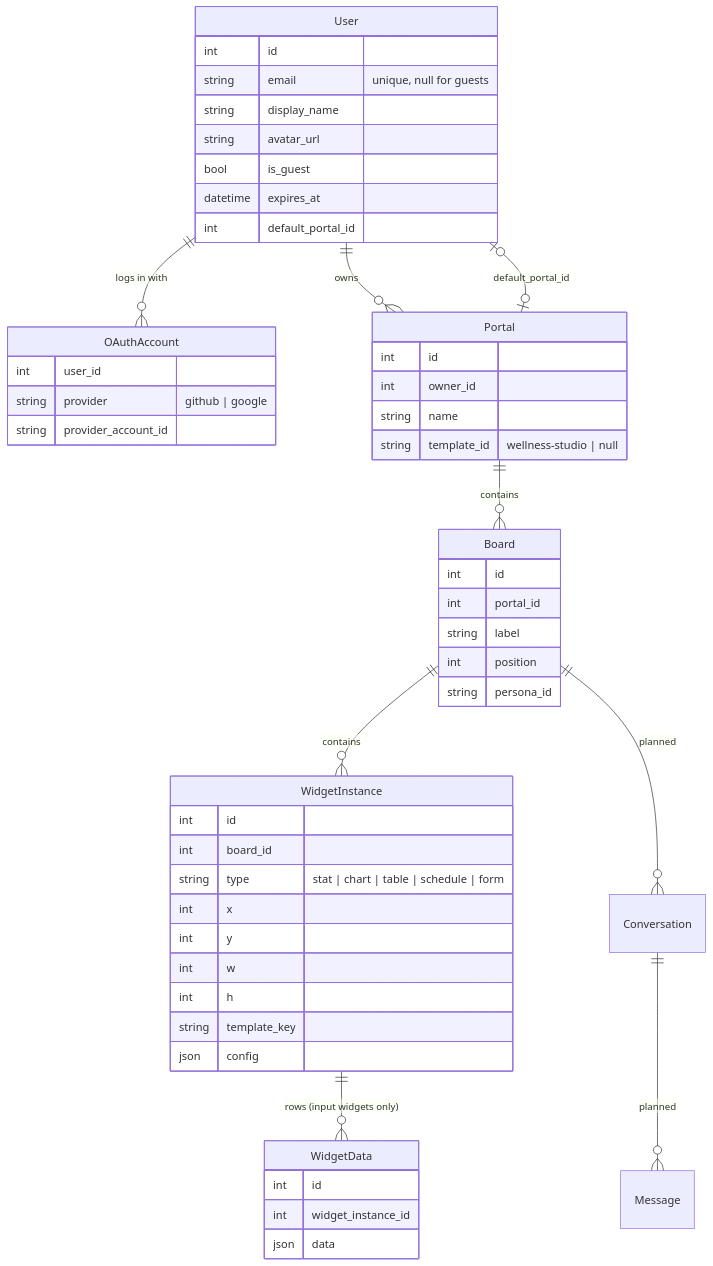
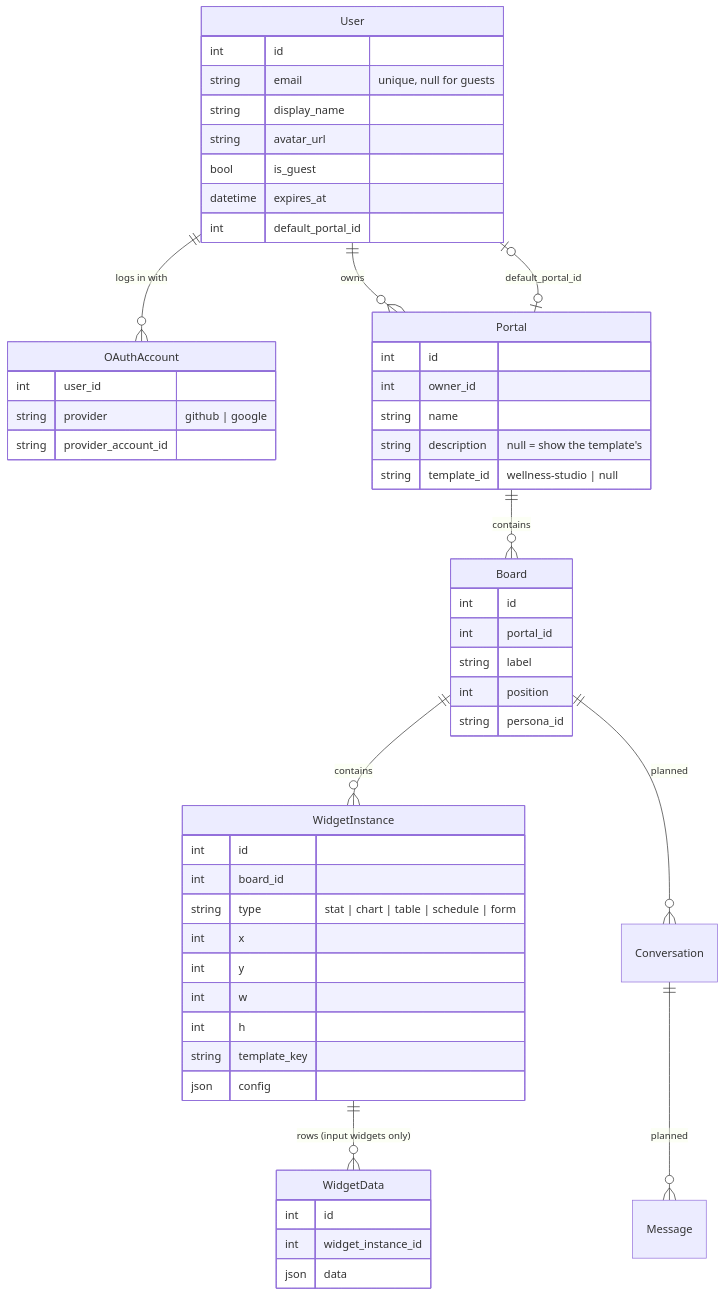
Before and after one commit to bbfrancis23/portal-boards: the third of 8 diagrams in docs/how-it-works/developers.md, drawn with Mermaid. The commit also changed 16 other files, not shown here.

````diff
--- a/docs/how-it-works/developers.md
+++ b/docs/how-it-works/developers.md
@@ -79,55 +79,56 @@
 ```mermaid
 erDiagram
     User ||--o{ OAuthAccount : "logs in with"
     User ||--o{ Portal : owns
     User |o--o| Portal : "default_portal_id"
     Portal ||--o{ Board : contains
     Board ||--o{ WidgetInstance : contains
     WidgetInstance ||--o{ WidgetData : "rows (input widgets only)"
     Board ||--o{ Conversation : "planned"
     Conversation ||--o{ Message : "planned"
 
     User {
         int id
         string email "unique, null for guests"
         string display_name
         string avatar_url
         bool is_guest
         datetime expires_at
         int default_portal_id
     }
     OAuthAccount {
         int user_id
         string provider "github | google"
         string provider_account_id
     }
     Portal {
         int id
         int owner_id
         string name
+        string description "null = show the template's"
         string template_id "wellness-studio | null"
     }
     Board {
         int id
         int portal_id
         string label
         int position
         string persona_id
     }
     WidgetInstance {
         int id
         int board_id
         string type "stat | chart | table | schedule | form"
         int x
         int y
         int w
         int h
         string template_key
         json config
     }
     WidgetData {
         int id
         int widget_instance_id
         json data
     }
 ```
````
